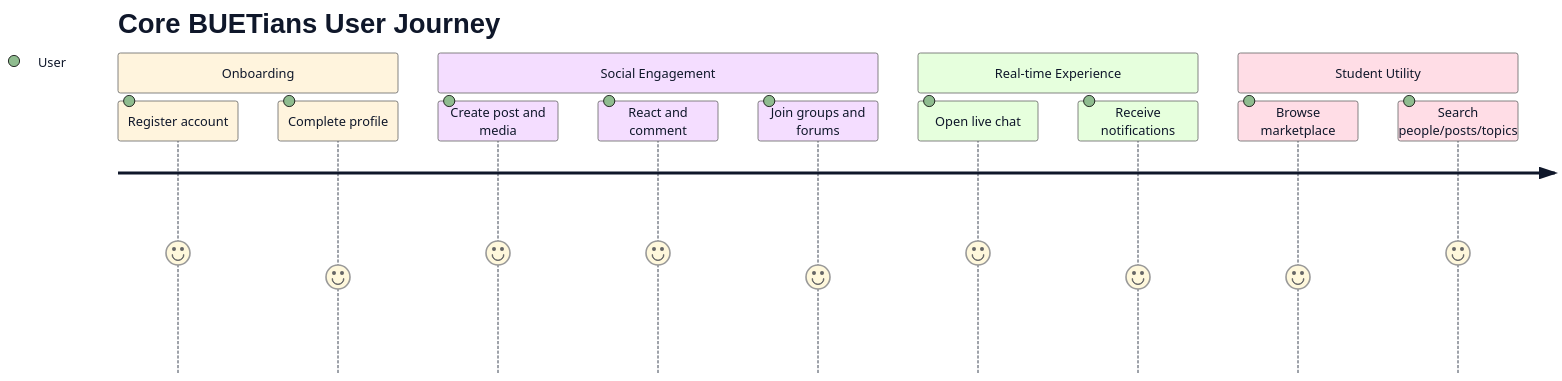
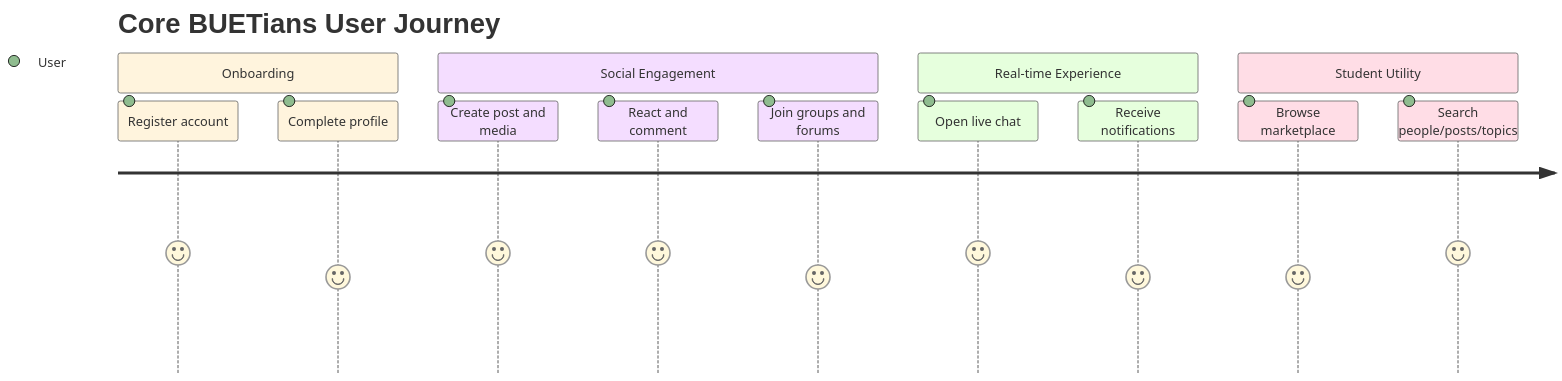
One commit to asef69/Core-BUETian--Your-BUETian-Social-Media-App changed the third of 3 diagrams in README.md. Above: the diagram before and after it, drawn with Mermaid. The commit also changed other lines of this file, not shown here.

````diff
--- a/README.md
+++ b/README.md
@@ -81,18 +81,18 @@
 ```mermaid
-%%{init: {'theme':'base', 'themeVariables': { 'fontFamily': 'Segoe UI, Inter, sans-serif', 'fontSize': '16px', 'primaryTextColor': '#0F172A', 'textColor': '#0F172A', 'lineColor': '#64748B' }}}%%
+%%{init: {'theme':'base', 'themeVariables': { 'fontFamily': 'Segoe UI, Inter, sans-serif', 'fontSize': '16px', 'lineColor': '#64748B' }}}%%
 journey
     title Core BUETians User Journey
     section Onboarding
       Register account: 5: User
       Complete profile: 4: User
     section Social Engagement
       Create post and media: 5: User
       React and comment: 5: User
       Join groups and forums: 4: User
     section Real-time Experience
       Open live chat: 5: User
       Receive notifications: 4: User
     section Student Utility
       Browse marketplace: 4: User
       Search people/posts/topics: 5: User
 ```
````
